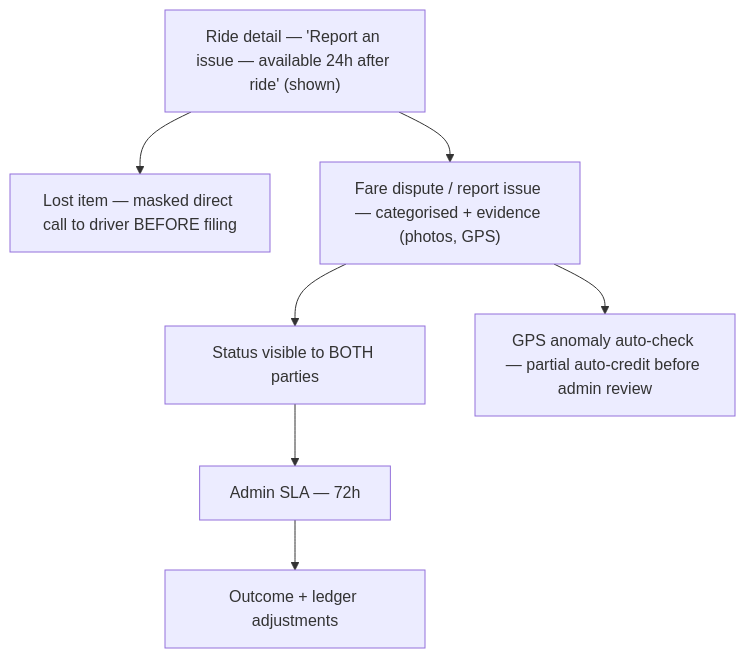
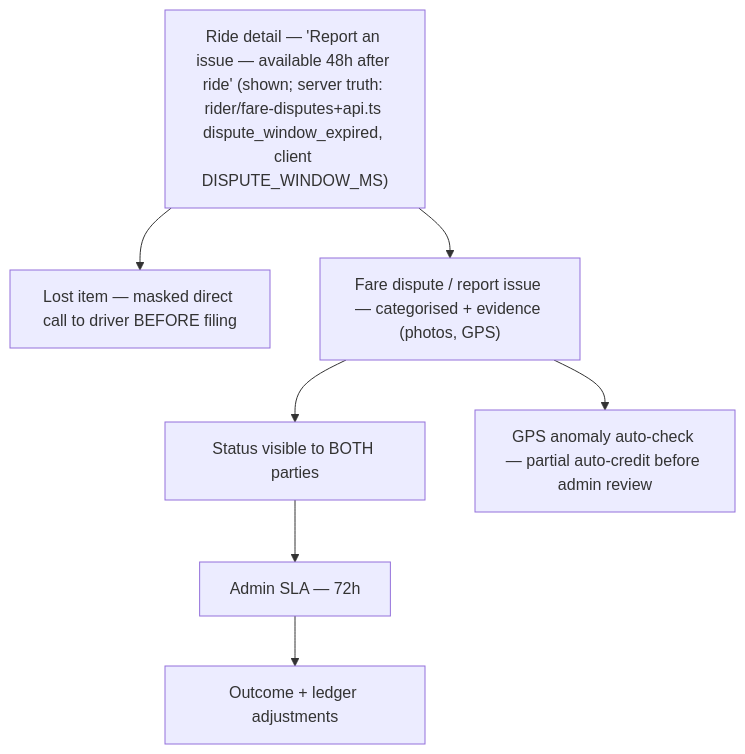
Before and after one commit to dannyzia/ride: the tenth of 37 diagrams in docs/FeatureList/USER-FLOWS.md, drawn with Mermaid. The commit also changed other lines of this file and 335 other files, not shown here.

````diff
--- a/docs/FeatureList/USER-FLOWS.md
+++ b/docs/FeatureList/USER-FLOWS.md
@@ -215,7 +216,7 @@
 ```mermaid
 flowchart TD
-  A["Ride detail — 'Report an issue — available 24h after ride' (shown)"] --> B["Lost item — masked direct call to driver BEFORE filing"]
+  A["Ride detail — 'Report an issue — available 48h after ride' (shown; server truth: rider/fare-disputes+api.ts dispute_window_expired, client DISPUTE_WINDOW_MS)"] --> B["Lost item — masked direct call to driver BEFORE filing"]
   A --> C["Fare dispute / report issue — categorised + evidence (photos, GPS)"]
   C --> D["Status visible to BOTH parties"] --> E["Admin SLA — 72h"] --> F["Outcome + ledger adjustments"]
   C --> G["GPS anomaly auto-check — partial auto-credit before admin review"]
 ```
````
